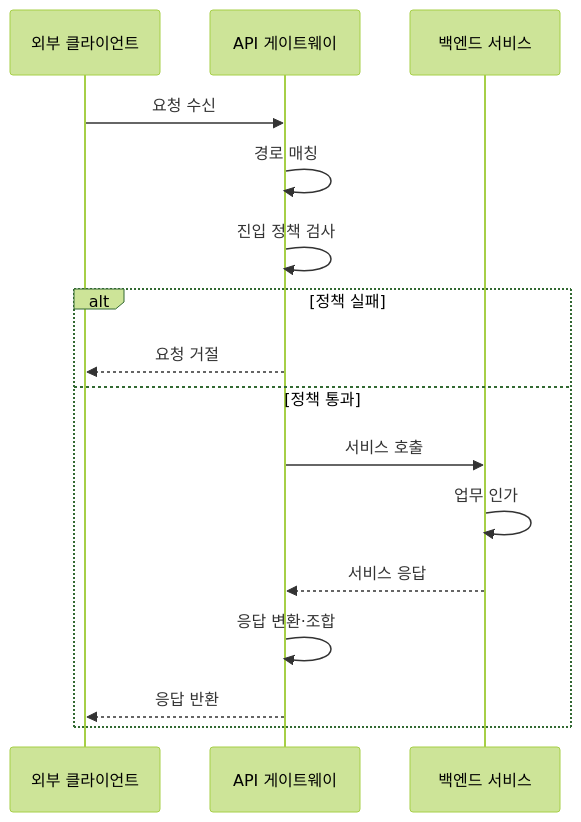
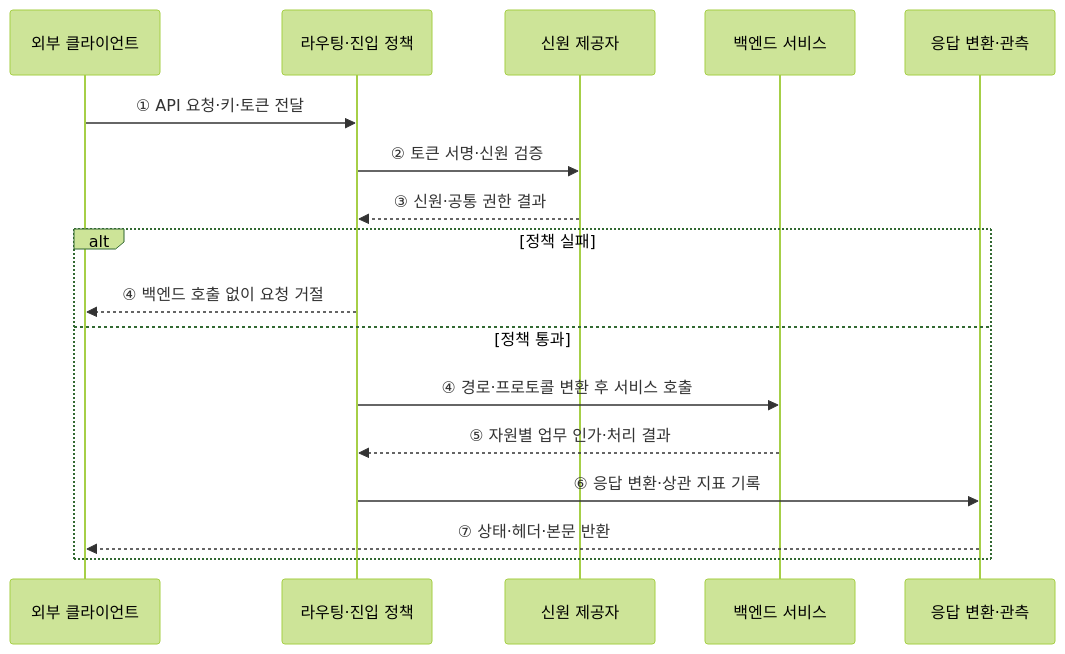
One commit to agnusdei1207/knowledge-base changed the second of 2 diagrams in src/content/docs/notes/03-software/040_api_gateway.md. Above: the diagram before and after it, drawn with Mermaid (forest theme). The commit also changed other lines of this file and 20 other files, not shown here.

````diff
--- a/src/content/docs/notes/03-software/040_api_gateway.md
+++ b/src/content/docs/notes/03-software/040_api_gateway.md
@@ -104,18 +96,19 @@
 ```mermaid
 sequenceDiagram
     participant C as 외부 클라이언트
-    participant G as API 게이트웨이
+    participant G as 라우팅·진입 정책
+    participant I as 신원 제공자
     participant S as 백엔드 서비스
-    C->>G: 요청 수신
-    G->>G: 경로 매칭
-    G->>G: 진입 정책 검사
+    participant O as 응답 변환·관측
+    C->>G: ① API 요청·키·토큰 전달
+    G->>I: ② 토큰 서명·신원 검증
+    I-->>G: ③ 신원·공통 권한 결과
     alt 정책 실패
-        G-->>C: 요청 거절
+        G-->>C: ④ 백엔드 호출 없이 요청 거절
     else 정책 통과
-        G->>S: 서비스 호출
-        S->>S: 업무 인가
-        S-->>G: 서비스 응답
-        G->>G: 응답 변환·조합
-        G-->>C: 응답 반환
+        G->>S: ④ 경로·프로토콜 변환 후 서비스 호출
+        S-->>G: ⑤ 자원별 업무 인가·처리 결과
+        G->>O: ⑥ 응답 변환·상관 지표 기록
+        O-->>C: ⑦ 상태·헤더·본문 반환
     end
 ```
````
